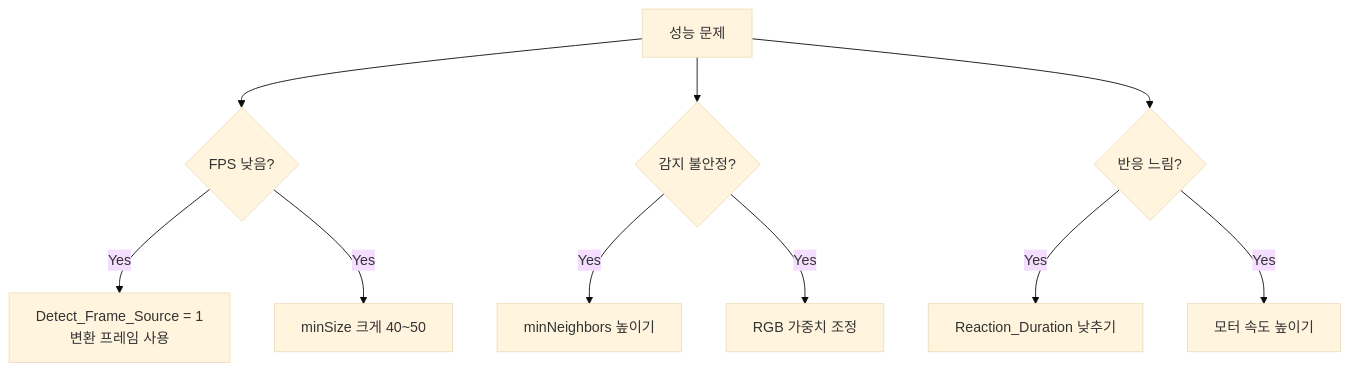
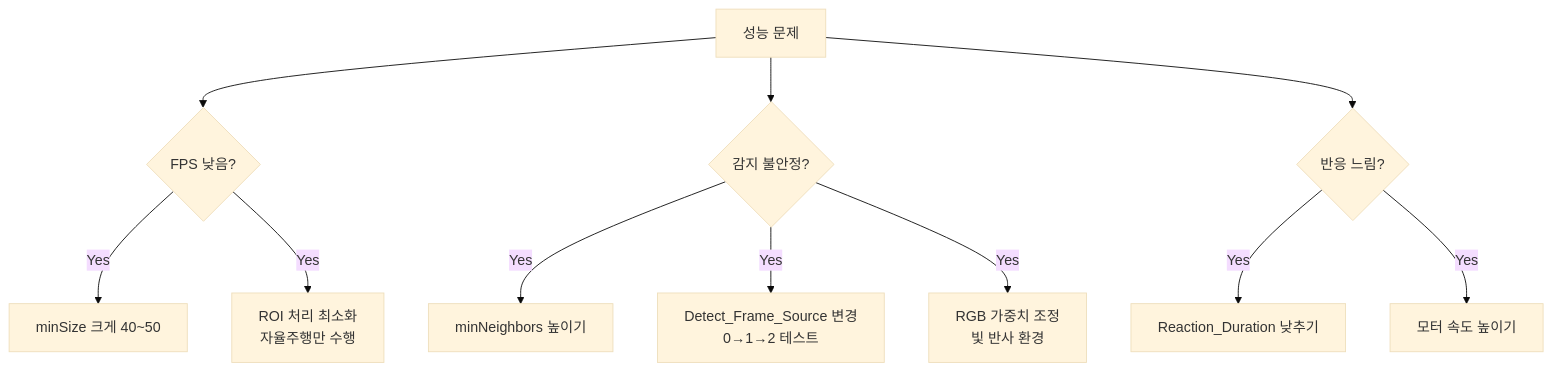
Before and after one commit to Collegenie-X/Raspbot-v2-self-driving-car: diagram 13 of 13 in 04_cascade/3_2_AUTOPLOT_HAARCASCADE_가이드.md, drawn with Mermaid (base theme). The commit also changed other lines of this file and 4 other files, not shown here.

````diff
--- a/04_cascade/3_2_AUTOPLOT_HAARCASCADE_가이드.md
+++ b/04_cascade/3_2_AUTOPLOT_HAARCASCADE_가이드.md
@@ -908,14 +946,15 @@
 ```mermaid
 flowchart TB
     A[성능 문제] --> B{FPS 낮음?}
-    B -->|Yes| C[Detect_Frame_Source = 1<br/>변환 프레임 사용]
-    B -->|Yes| D[minSize 크게 40~50]
+    B -->|Yes| C[minSize 크게 40~50]
+    B -->|Yes| D[ROI 처리 최소화<br/>자율주행만 수행]
     
     A --> E{감지 불안정?}
     E -->|Yes| F[minNeighbors 높이기]
-    E -->|Yes| G[RGB 가중치 조정]
+    E -->|Yes| G[Detect_Frame_Source 변경<br/>0→1→2 테스트]
+    E -->|Yes| H[RGB 가중치 조정<br/>빛 반사 환경]
     
-    A --> H{반응 느림?}
-    H -->|Yes| I[Reaction_Duration 낮추기]
-    H -->|Yes| J[모터 속도 높이기]
+    A --> I{반응 느림?}
+    I -->|Yes| J[Reaction_Duration 낮추기]
+    I -->|Yes| K[모터 속도 높이기]
 ```
````
